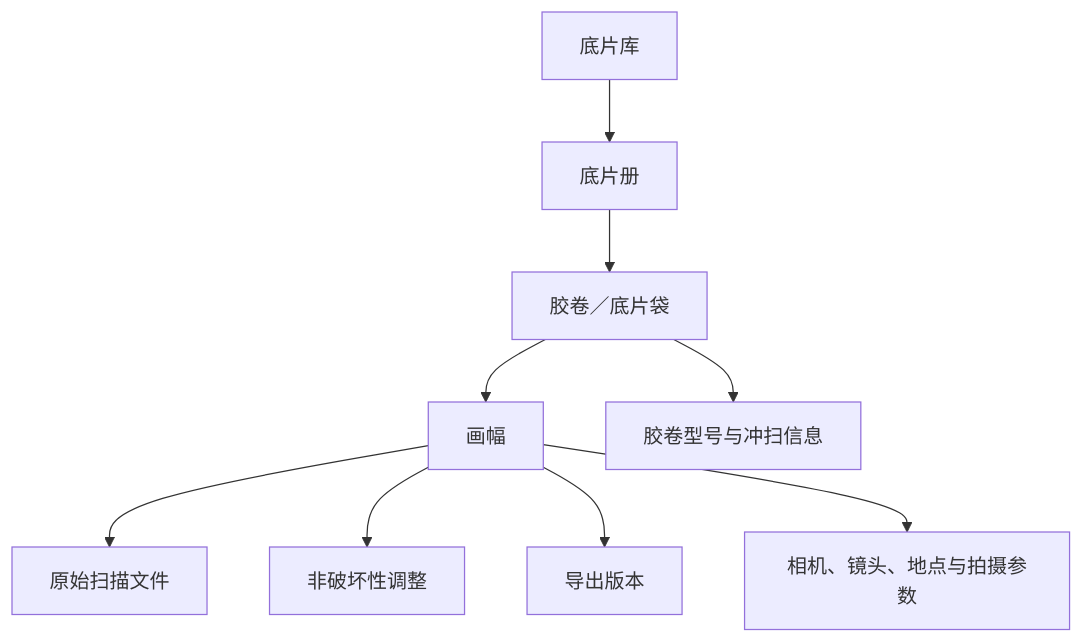
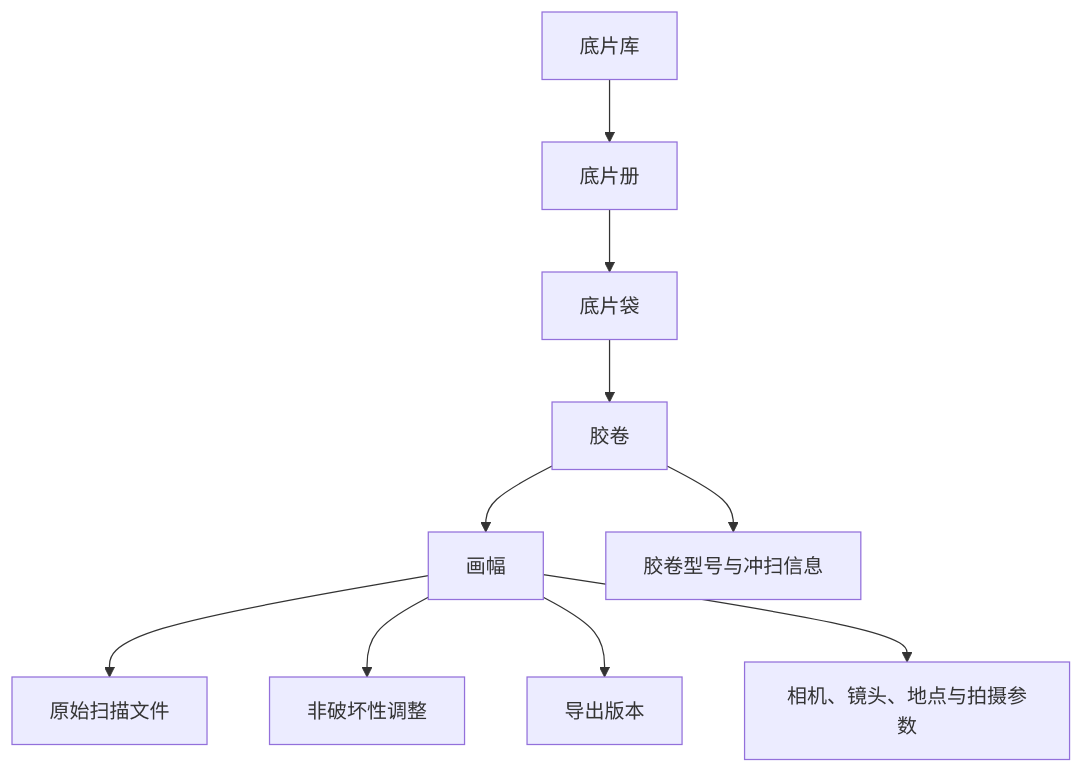
Before and after one commit to pluto037/FilmManage: the first of 3 diagrams in 胶片管理应用-产品与系统设计文档.md, drawn with Mermaid. The commit also changed other lines of this file, not shown here.

````diff
--- a/胶片管理应用-产品与系统设计文档.md
+++ b/胶片管理应用-产品与系统设计文档.md
@@ -85,11 +86,12 @@
 ```mermaid
 graph TD
     A["底片库"] --> B["底片册"]
-    B --> C["胶卷／底片袋"]
-    C --> D["画幅"]
-    D --> E["原始扫描文件"]
-    D --> F["非破坏性调整"]
-    D --> G["导出版本"]
-    C --> H["胶卷型号与冲扫信息"]
-    D --> I["相机、镜头、地点与拍摄参数"]
+    B --> C["底片袋"]
+    C --> D["胶卷"]
+    D --> E["画幅"]
+    E --> F["原始扫描文件"]
+    E --> G["非破坏性调整"]
+    E --> H["导出版本"]
+    D --> I["胶卷型号与冲扫信息"]
+    E --> J["相机、镜头、地点与拍摄参数"]
 ```
````
